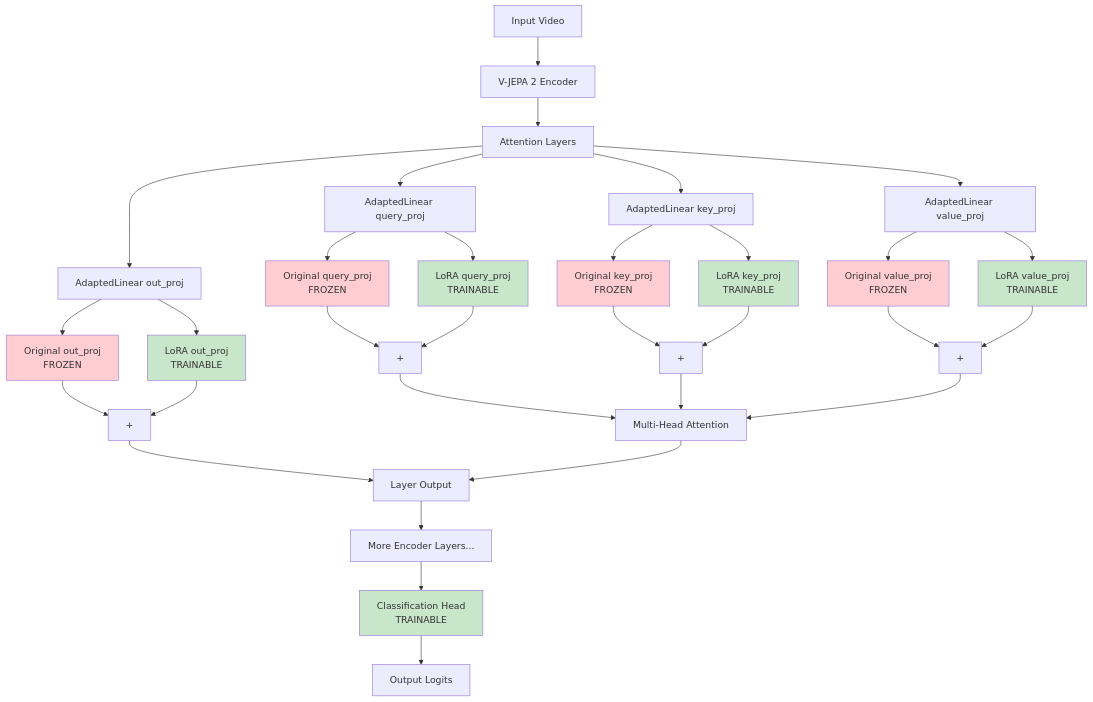
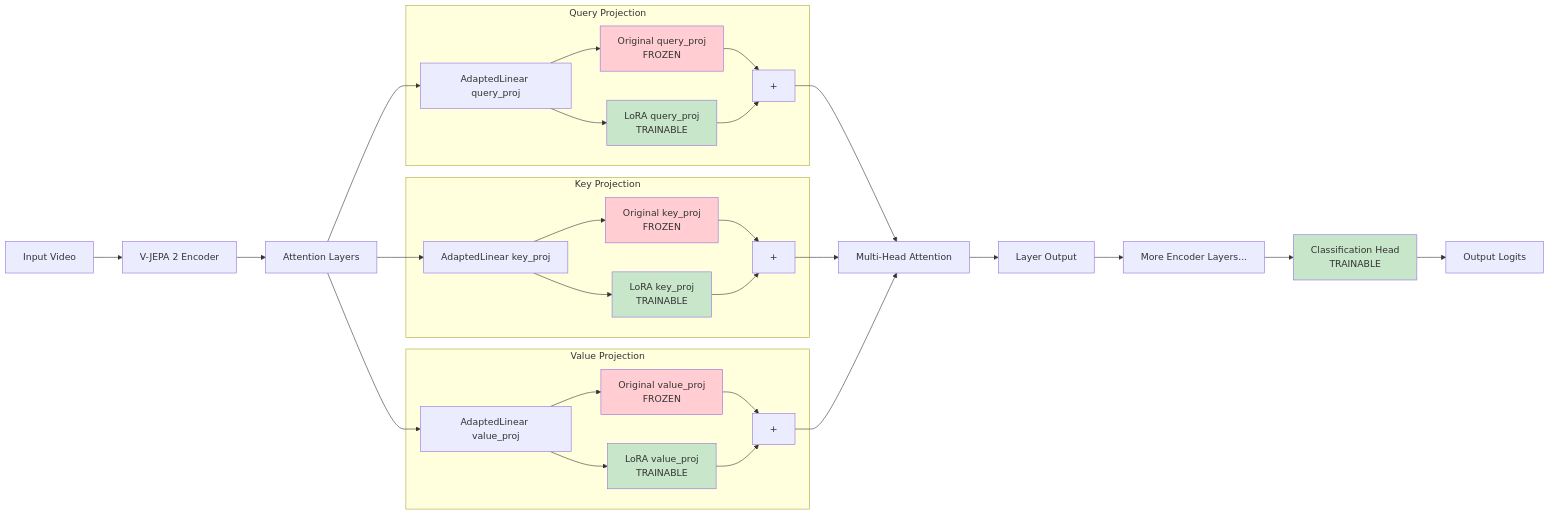
The fourth of 6 diagrams in lora_architecture_diagrams.md (ZacCarrico/vjepa2), drawn with Mermaid before and after one commit. The commit also changed other lines of this file, not shown here.

Commit message:
make mermaid diagrams go left-to-right

````diff
--- a/lora_architecture_diagrams.md
+++ b/lora_architecture_diagrams.md
@@ -60,48 +60,54 @@
 ```mermaid
-graph TD
+graph LR
     A[Input Video] --> B[V-JEPA 2 Encoder]
     B --> C[Attention Layers]
-    C --> D[AdaptedLinear query_proj]
-    C --> E[AdaptedLinear key_proj]
-    C --> F[AdaptedLinear value_proj]
-    C --> G[AdaptedLinear out_proj]
 
-    D --> D1[Original query_proj<br/>FROZEN]
-    D --> D2[LoRA query_proj<br/>TRAINABLE]
-    D1 --> D3[+]
-    D2 --> D3
+    subgraph "Query Projection"
+        D[AdaptedLinear query_proj]
+        D1[Original query_proj<br/>FROZEN]
+        D2[LoRA query_proj<br/>TRAINABLE]
+        D --> D1
+        D --> D2
+        D1 --> D3[+]
+        D2 --> D3
+    end
 
-    E --> E1[Original key_proj<br/>FROZEN]
-    E --> E2[LoRA key_proj<br/>TRAINABLE]
-    E1 --> E3[+]
-    E2 --> E3
+    subgraph "Key Projection"
+        E[AdaptedLinear key_proj]
+        E1[Original key_proj<br/>FROZEN]
+        E2[LoRA key_proj<br/>TRAINABLE]
+        E --> E1
+        E --> E2
+        E1 --> E3[+]
+        E2 --> E3
+    end
 
-    F --> F1[Original value_proj<br/>FROZEN]
-    F --> F2[LoRA value_proj<br/>TRAINABLE]
-    F1 --> F3[+]
-    F2 --> F3
+    subgraph "Value Projection"
+        F[AdaptedLinear value_proj]
+        F1[Original value_proj<br/>FROZEN]
+        F2[LoRA value_proj<br/>TRAINABLE]
+        F --> F1
+        F --> F2
+        F1 --> F3[+]
+        F2 --> F3
+    end
 
-    G --> G1[Original out_proj<br/>FROZEN]
-    G --> G2[LoRA out_proj<br/>TRAINABLE]
-    G1 --> G3[+]
-    G2 --> G3
-
+    C --> D
+    C --> E
+    C --> F
     D3 --> H[Multi-Head Attention]
     E3 --> H
     F3 --> H
-    G3 --> I[Layer Output]
-    H --> I
+    H --> I[Layer Output]
     I --> J[More Encoder Layers...]
     J --> K[Classification Head<br/>TRAINABLE]
     K --> L[Output Logits]
 
     style D1 fill:#ffcdd2
     style E1 fill:#ffcdd2
     style F1 fill:#ffcdd2
-    style G1 fill:#ffcdd2
     style D2 fill:#c8e6c9
     style E2 fill:#c8e6c9
     style F2 fill:#c8e6c9
-    style G2 fill:#c8e6c9
     style K fill:#c8e6c9
 ```
````
